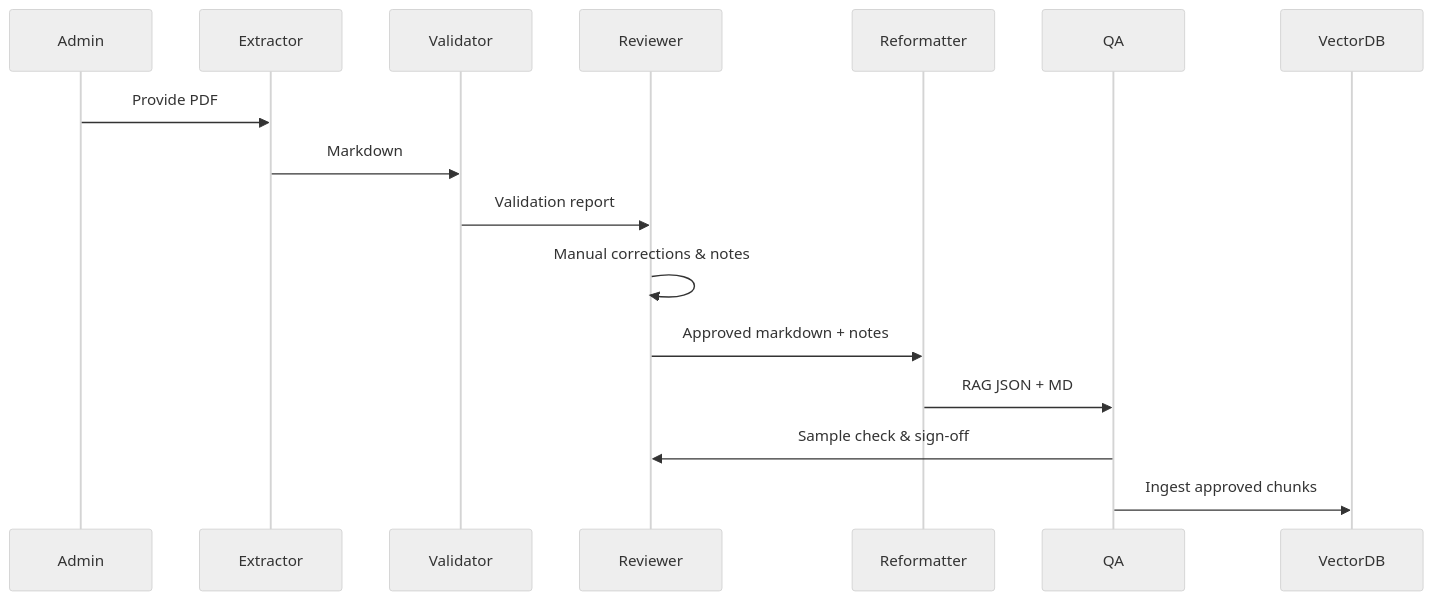
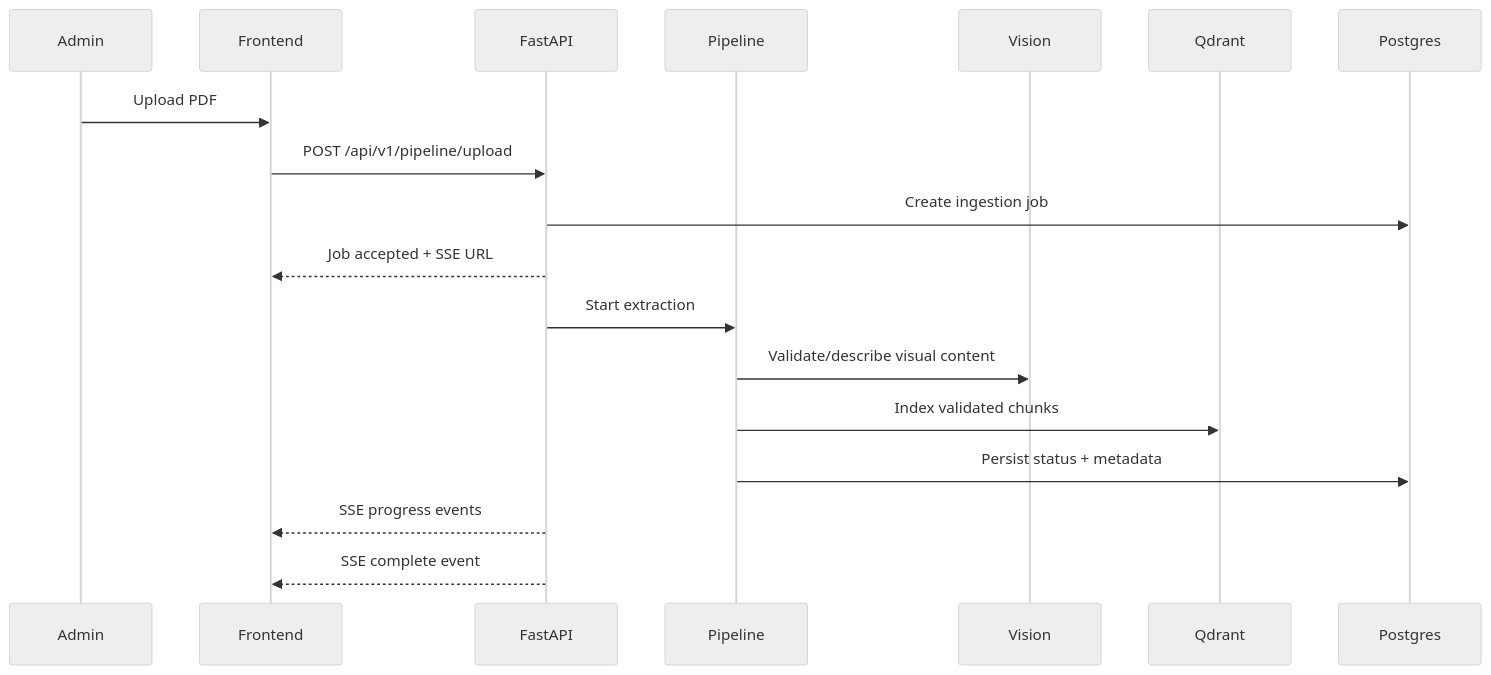
One commit to abedhossainn/PlantIQ changed the fifth of 9 diagrams in docs/architecture/rag_architecture.md. Above: the diagram before and after it, drawn with Mermaid (neutral theme). The commit also changed other lines of this file and 80 other files, not shown here.

````diff
--- a/docs/architecture/rag_architecture.md
+++ b/docs/architecture/rag_architecture.md
@@ -165,19 +302,21 @@
 ```mermaid
 sequenceDiagram
   participant Admin
-  participant Extractor
-  participant Validator
-  participant Reviewer
-  participant Reformatter
-  participant QA
-  participant VectorDB
+  participant Frontend
+  participant FastAPI
+  participant Pipeline
+  participant Vision
+  participant Qdrant
+  participant Postgres
 
-  Admin->>Extractor: Provide PDF
-  Extractor->>Validator: Markdown
-  Validator->>Reviewer: Validation report
-  Reviewer->>Reviewer: Manual corrections & notes
-  Reviewer->>Reformatter: Approved markdown + notes
-  Reformatter->>QA: RAG JSON + MD
-  QA->>Reviewer: Sample check & sign-off
-  QA->>VectorDB: Ingest approved chunks
+  Admin->>Frontend: Upload PDF
+  Frontend->>FastAPI: POST /api/v1/pipeline/upload
+  FastAPI->>Postgres: Create ingestion job
+  FastAPI-->>Frontend: Job accepted + SSE URL
+  FastAPI->>Pipeline: Start extraction
+  Pipeline->>Vision: Validate/describe visual content
+  Pipeline->>Qdrant: Index validated chunks
+  Pipeline->>Postgres: Persist status + metadata
+  FastAPI-->>Frontend: SSE progress events
+  FastAPI-->>Frontend: SSE complete event
 ```
````
